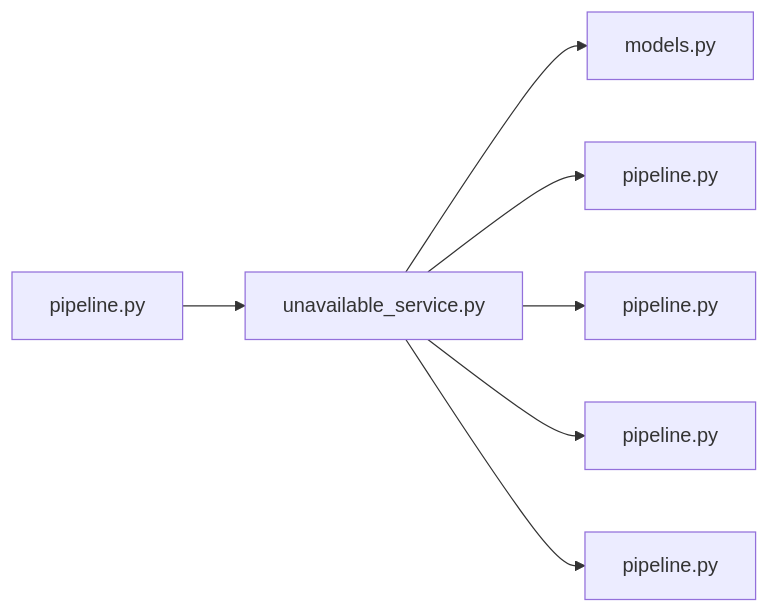
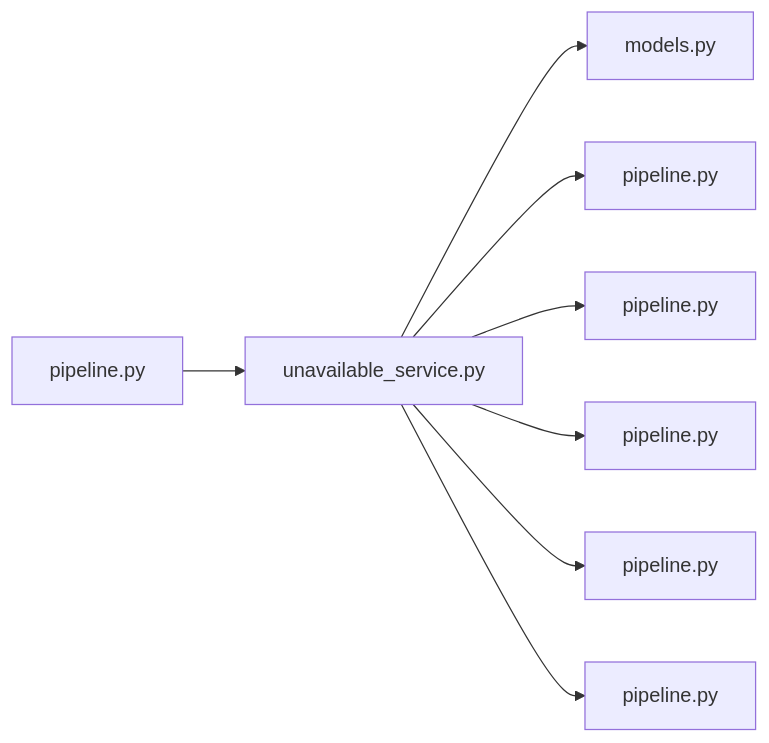
One commit to minkong-dev/Banblit changed the diagram in .cluedoc/graph/backend/src/backend/services/unavailable/unavailable_service.md. Above: the diagram before and after it, drawn with Mermaid. The commit also changed other lines of this file and 35 other files, not shown here.

Commit message:
backend: close a focused period at its closing time and allow unfixing with a reason

````diff
--- a/.cluedoc/graph/backend/src/backend/services/unavailable/unavailable_service.md
+++ b/.cluedoc/graph/backend/src/backend/services/unavailable/unavailable_service.md
@@ -10,10 +10,11 @@
 ```mermaid
 flowchart LR
   backend_src_backend_services_unavailable_unavailable_service["unavailable_service.py"]
   backend_src_backend_services_unavailable_unavailable_service --> backend_src_backend_db_models["models.py"]
   backend_src_backend_services_unavailable_unavailable_service --> backend_src_backend_services_notification_pipeline["pipeline.py"]
+  backend_src_backend_services_unavailable_unavailable_service --> backend_src_backend_services_period_pipeline["pipeline.py"]
   backend_src_backend_services_unavailable_unavailable_service --> backend_src_backend_services_permission_pipeline["pipeline.py"]
   backend_src_backend_services_unavailable_unavailable_service --> backend_src_backend_services_settings_pipeline["pipeline.py"]
   backend_src_backend_services_unavailable_unavailable_service --> backend_src_backend_services_validation_pipeline["pipeline.py"]
   backend_src_backend_services_unavailable_pipeline["pipeline.py"] --> backend_src_backend_services_unavailable_unavailable_service
 ```
````
